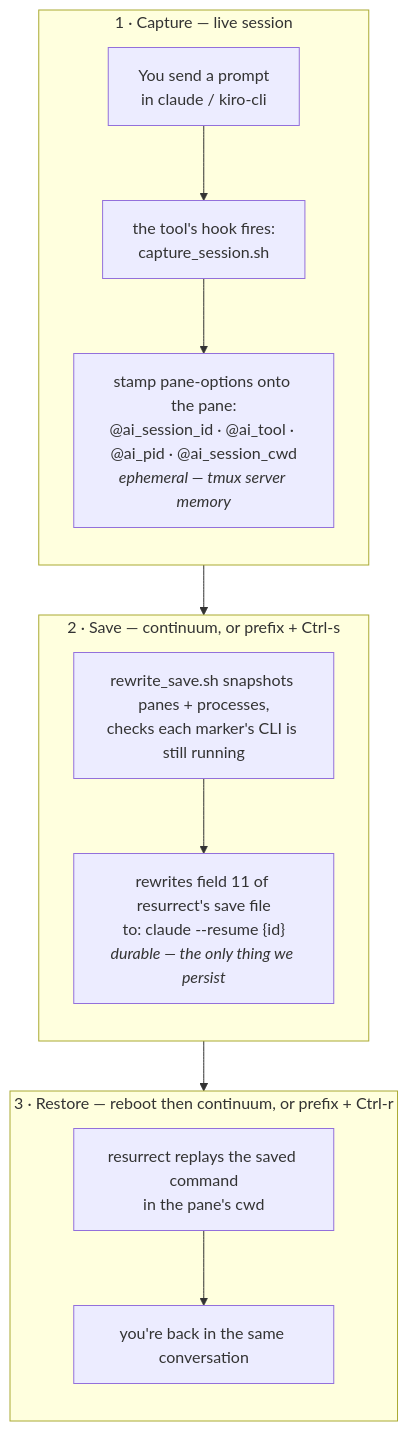
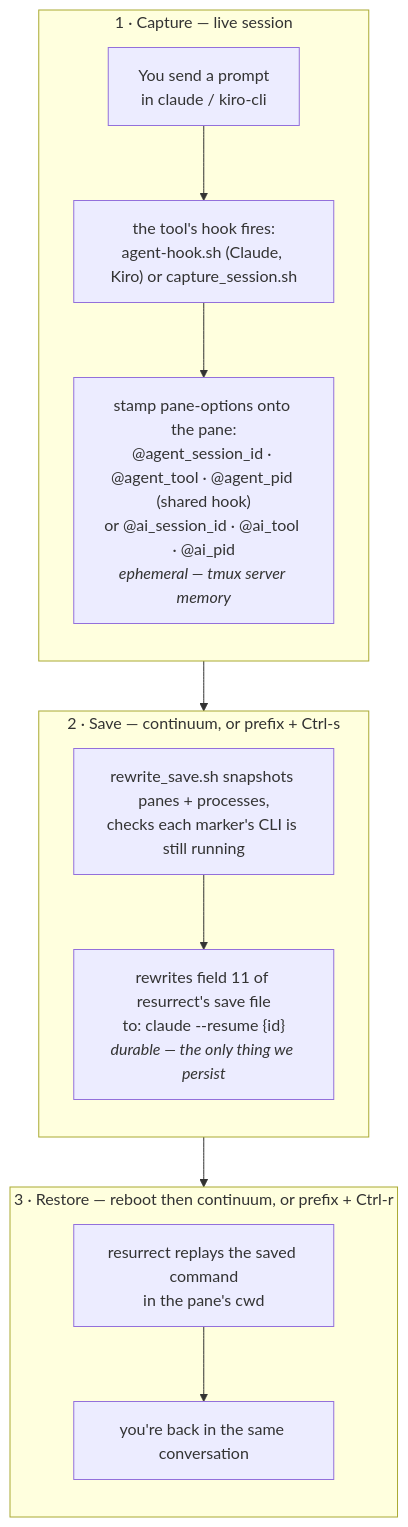
The first of 3 diagrams in README.md (harnessed-ai/tmux-ai-sessions-restore), drawn with Mermaid before and after one commit. The commit also changed other lines of this file and 11 other files, not shown here.

First line of the commit message:
Claude Code and Kiro: use the shared agent hook instead of our own

````diff
--- a/README.md
+++ b/README.md
@@ -31,17 +31,17 @@
 ```mermaid
 flowchart TD
     subgraph cap["1 · Capture — live session"]
         direction TB
-        a1["You send a prompt<br/>in claude / kiro-cli"] --> a2["the tool's hook fires:<br/>capture_session.sh"]
-        a2 --> a3["stamp pane-options onto the pane:<br/>@ai_session_id · @ai_tool · @ai_pid · @ai_session_cwd<br/><i>ephemeral — tmux server memory</i>"]
+        a1["You send a prompt<br/>in claude / kiro-cli"] --> a2["the tool's hook fires:<br/>agent-hook.sh (Claude, Kiro) or capture_session.sh"]
+        a2 --> a3["stamp pane-options onto the pane:<br/>@agent_session_id · @agent_tool · @agent_pid (shared hook)<br/>or @ai_session_id · @ai_tool · @ai_pid<br/><i>ephemeral — tmux server memory</i>"]
     end
     subgraph sav["2 · Save — continuum, or prefix + Ctrl-s"]
         direction TB
         b1["rewrite_save.sh snapshots panes + processes,<br/>checks each marker's CLI is still running"] --> b2["rewrites field 11 of resurrect's save file<br/>to: claude --resume {id}<br/><i>durable — the only thing we persist</i>"]
     end
     subgraph res["3 · Restore — reboot then continuum, or prefix + Ctrl-r"]
         direction TB
         c1["resurrect replays the saved command<br/>in the pane's cwd"] --> c2["you're back in the same conversation"]
     end
     cap --> sav --> res
 ```
````
